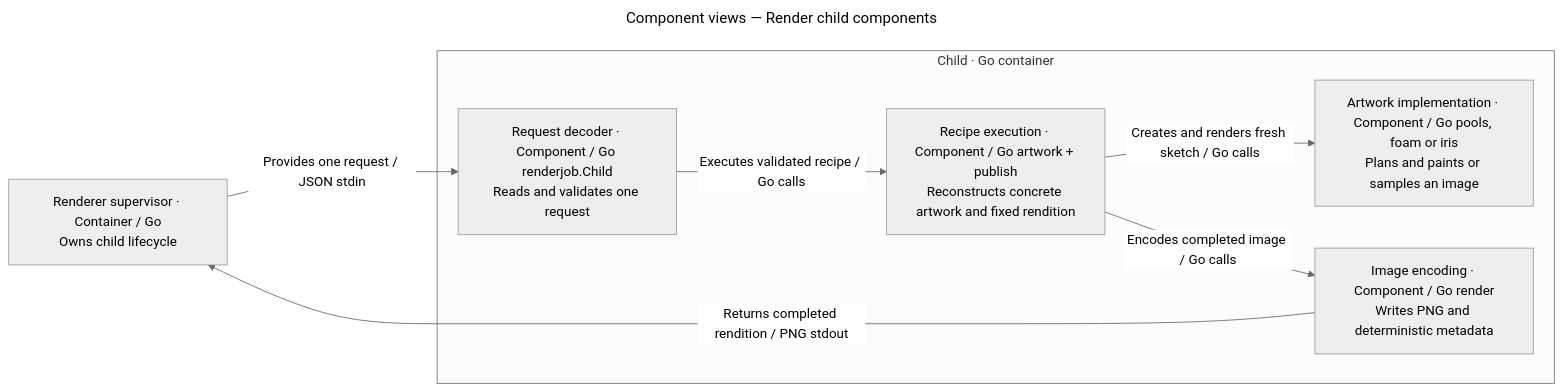
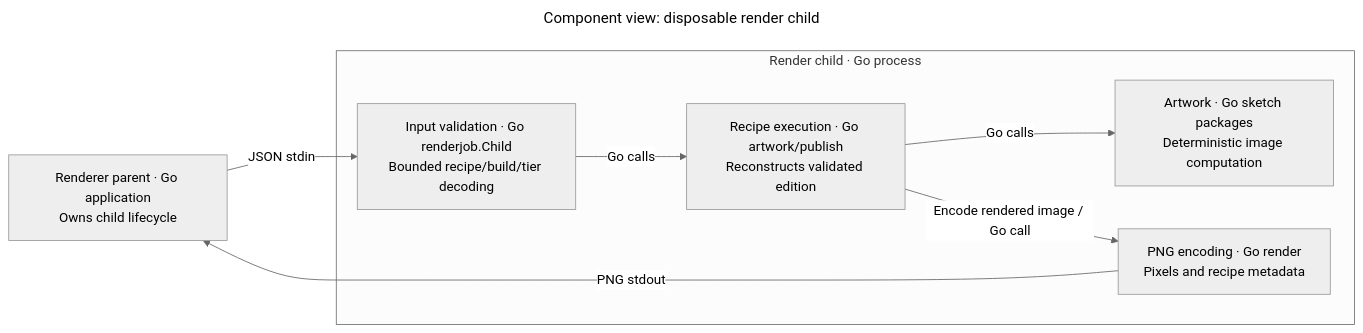
One commit to jaminalder/go-graphics changed the third of 4 diagrams in docs/architecture/components.md. Above: the diagram before and after it, drawn with Mermaid (neutral theme). The commit also changed other lines of this file and 91 other files, not shown here.

````diff
--- a/docs/architecture/components.md
+++ b/docs/architecture/components.md
@@ -69,18 +84,18 @@
 ```mermaid
 ---
-title: "Component views — Render child components"
+title: "Component view: disposable render child"
 ---
 flowchart LR
-    supervisor["Renderer supervisor · Container / Go<br/>Owns child lifecycle"]
-    subgraph child["Child · Go container"]
-        input["Request decoder · Component / Go renderjob.Child<br/>Reads and validates one request"]
-        recipe["Recipe execution · Component / Go artwork + publish<br/>Reconstructs concrete artwork and fixed rendition"]
-        artwork["Artwork implementation · Component / Go pools, foam or iris<br/>Plans and paints or samples an image"]
-        encode["Image encoding · Component / Go render<br/>Writes PNG and deterministic metadata"]
+    parent["Renderer parent · Go application<br/>Owns child lifecycle"]
+    subgraph child["Render child · Go process"]
+        input["Input validation · Go renderjob.Child<br/>Bounded recipe/build/tier decoding"]
+        recipe["Recipe execution · Go artwork/publish<br/>Reconstructs validated edition"]
+        algorithm["Artwork · Go sketch packages<br/>Deterministic image computation"]
+        encoding["PNG encoding · Go render<br/>Pixels and recipe metadata"]
     end
-    supervisor -->|Provides one request / JSON stdin| input
-    input -->|Executes validated recipe / Go calls| recipe
-    recipe -->|Creates and renders fresh sketch / Go calls| artwork
-    recipe -->|Encodes completed image / Go calls| encode
-    encode -->|Returns completed rendition / PNG stdout| supervisor
+    parent -->|JSON stdin| input
+    input -->|Go calls| recipe
+    recipe -->|Go calls| algorithm
+    recipe -->|Encode rendered image / Go call| encoding
+    encoding -->|PNG stdout| parent
 ```
````
